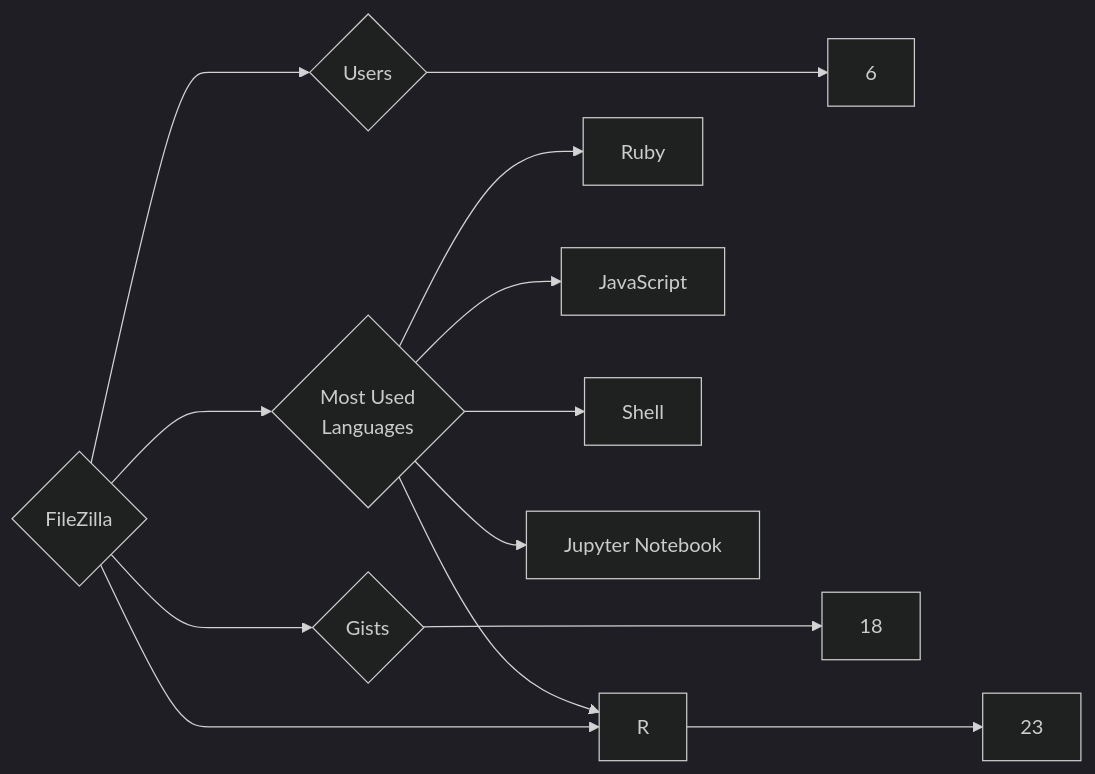
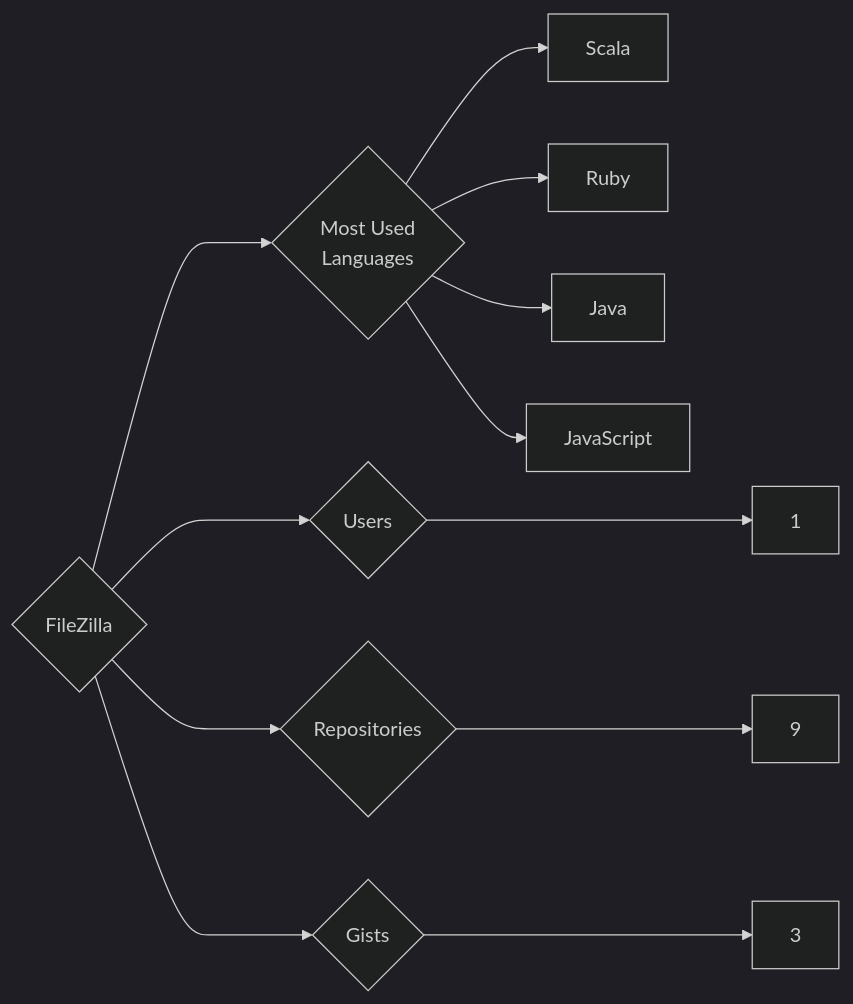
The diagram in targets/FileZilla/README.md (trickest/insiders), drawn with Mermaid (dark theme) before and after one commit. The commit also changed 840 other files, not shown here.

````diff
--- a/targets/FileZilla/README.md
+++ b/targets/FileZilla/README.md
@@ -3,13 +3,12 @@
 ```mermaid
 graph LR
 COMPANY_NAME{FileZilla}
-COMPANY_NAME ---> U{Users} ---> UN[6]
-COMPANY_NAME ---> R{Repositories} ---> RN[23]
-COMPANY_NAME ---> G{Gists} ---> GN[18]
+COMPANY_NAME ---> U{Users} ---> UN[1]
+COMPANY_NAME ---> R{Repositories} ---> RN[9]
+COMPANY_NAME ---> G{Gists} ---> GN[3]
 COMPANY_NAME ---> ML{Most Used<br>Languages}
+ML --> Scala[Scala]
 ML --> Ruby[Ruby]
+ML --> Java[Java]
 ML --> JavaScript[JavaScript]
-ML --> Shell[Shell]
-ML --> R[R]
-ML --> Jupyter_Notebook[Jupyter Notebook]
 ```
````
